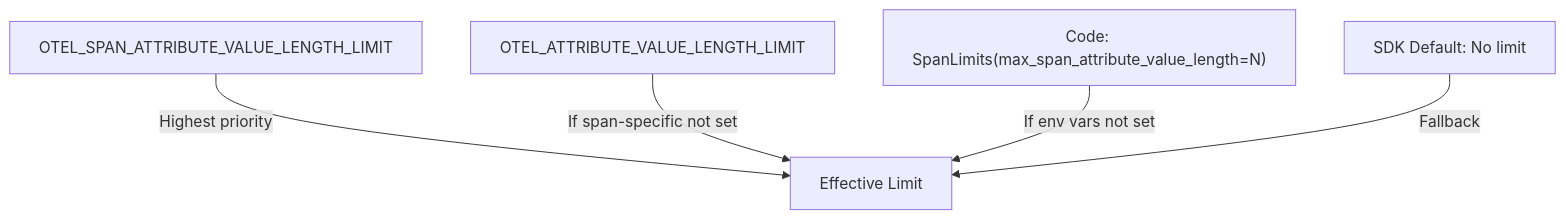
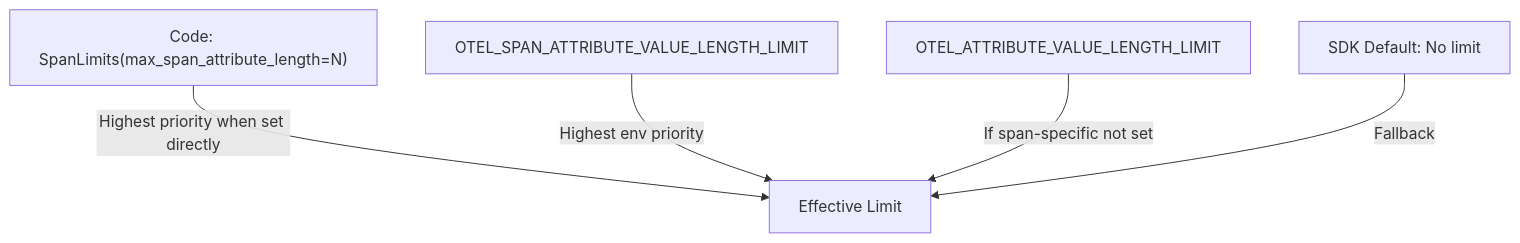
The second of 2 diagrams in posts/2026-02-06-attribute-value-length-limits-opentelemetry/README.md (OneUptime/blog), drawn with Mermaid before and after one commit. The commit also changed other lines of this file and 2 other files, not shown here.

Commit message:
validate: 2026-02-06-attribute-value-length-limits-opentelemetry

````diff
--- a/posts/2026-02-06-attribute-value-length-limits-opentelemetry/README.md
+++ b/posts/2026-02-06-attribute-value-length-limits-opentelemetry/README.md
@@ -173,7 +181,7 @@
 ```mermaid
 graph TD
-    A["OTEL_SPAN_ATTRIBUTE_VALUE_LENGTH_LIMIT"] -->|Highest priority| E[Effective Limit]
+    Z["Code: SpanLimits(max_span_attribute_length=N)"] -->|Highest priority when set directly| E[Effective Limit]
+    A["OTEL_SPAN_ATTRIBUTE_VALUE_LENGTH_LIMIT"] -->|Highest env priority| E
     B["OTEL_ATTRIBUTE_VALUE_LENGTH_LIMIT"] -->|If span-specific not set| E
-    C["Code: SpanLimits(max_span_attribute_value_length=N)"] -->|If env vars not set| E
     D["SDK Default: No limit"] -->|Fallback| E
 ```
````
